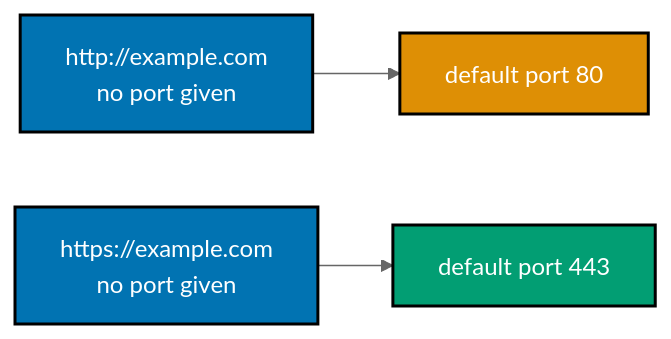
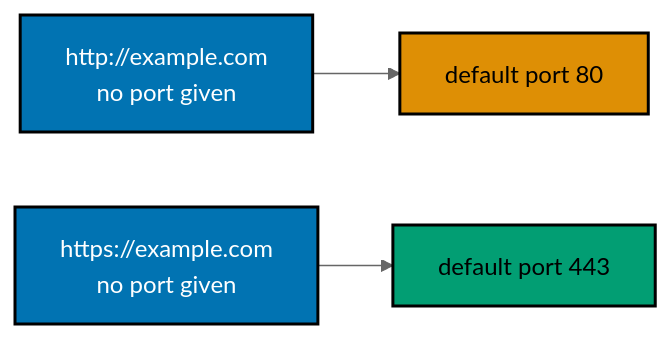
Before and after one commit to wahidyankf/ose-public: the fourth of 11 diagrams in apps/ayokoding-www/content/en/learn/courses/networking-essentials/learning/beginner.md, drawn with Mermaid (neutral theme). The commit also changed other lines of this file and 145 other files, not shown here.

First line of the commit message:
fix(mermaid): bring the second half of the courses diagrams onto the accessible palette

````diff
--- a/apps/ayokoding-www/content/en/learn/courses/networking-essentials/learning/beginner.md
+++ b/apps/ayokoding-www/content/en/learn/courses/networking-essentials/learning/beginner.md
@@ -298,10 +307,13 @@
 ```mermaid
 %% Color Palette: Blue #0173B2, Orange #DE8F05, Teal #029E73
 graph LR
+    accTitle: Example 8: Default Ports -- HTTP 80, HTTPS 443
+    accDescr: Graph with 4 nodes and 2 connections. Nodes: http://example.com no port given, default port 80, https://example.com no port given, default port 443. Connections: http://example.com no port given to default port 80, https://example.com no port given to default port 443.
     A["http://example.com<br/>no port given"]:::blue --> B["default port 80"]:::orange
     C["https://example.com<br/>no port given"]:::blue --> D["default port 443"]:::teal
 
     classDef blue fill:#0173B2,stroke:#000000,color:#FFFFFF,stroke-width:2px
-    classDef orange fill:#DE8F05,stroke:#000000,color:#FFFFFF,stroke-width:2px
-    classDef teal fill:#029E73,stroke:#000000,color:#FFFFFF,stroke-width:2px
+    classDef orange fill:#DE8F05,stroke:#000000,color:#000000,stroke-width:2px
+    classDef teal fill:#029E73,stroke:#000000,color:#000000,stroke-width:2px
+    classDef default fill:#FFFFFF,stroke:#000000,color:#000000
 ```
````
